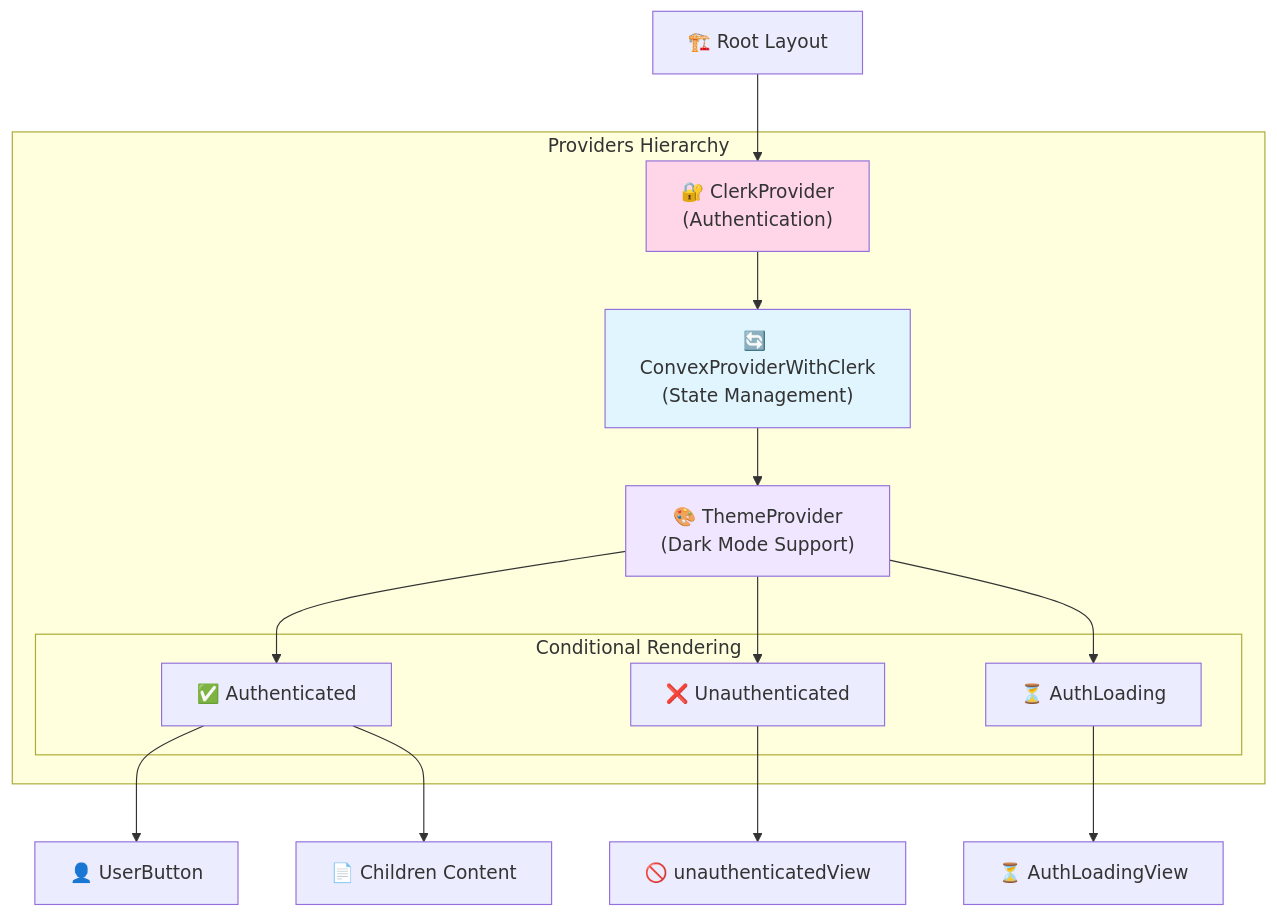
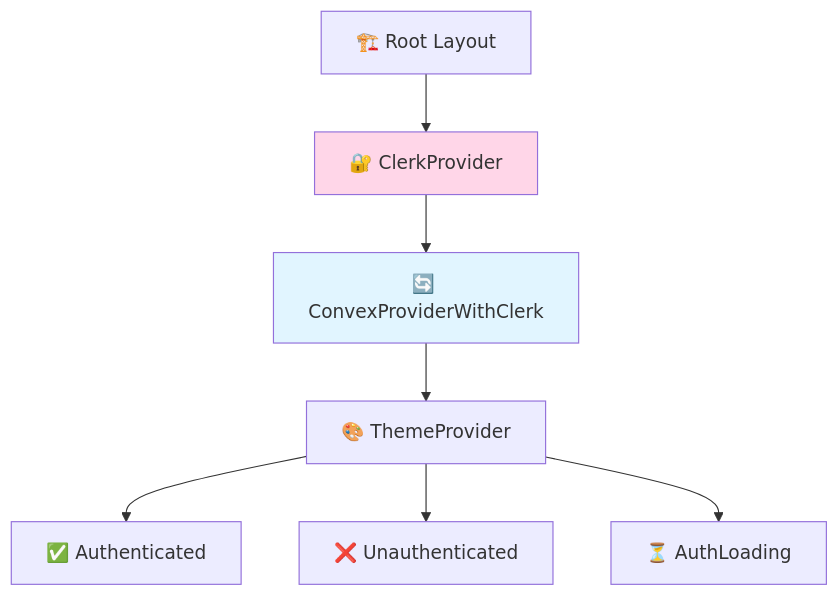
Before and after one commit to Code-with-Jok/v0-dev: the sixth of 6 diagrams in docs/business-logic-mindmap.md, drawn with Mermaid. The commit also changed other lines of this file and 10 other files, not shown here.

````diff
--- a/docs/business-logic-mindmap.md
+++ b/docs/business-logic-mindmap.md
@@ -194,34 +167,18 @@
 ```mermaid
 graph TB
     RootLayout["🏗️ Root Layout"]
 
-    subgraph "Providers Hierarchy"
-        ClerkProvider["🔐 ClerkProvider<br/>(Authentication)"]
-        ConvexProvider["🔄 ConvexProviderWithClerk<br/>(State Management)"]
-        ThemeProvider["🎨 ThemeProvider<br/>(Dark Mode Support)"]
+    ClerkProvider["🔐 ClerkProvider"]
+    ConvexProvider["🔄 ConvexProviderWithClerk"]
+    ThemeProvider["🎨 ThemeProvider"]
 
-        subgraph "Conditional Rendering"
-            Authenticated["✅ Authenticated"]
-            Unauthenticated["❌ Unauthenticated"]
-            AuthLoading["⏳ AuthLoading"]
-        end
-    end
+    Authenticated["✅ Authenticated"]
+    Unauthenticated["❌ Unauthenticated"]
+    AuthLoading["⏳ AuthLoading"]
 
-    RootLayout --> ClerkProvider
-    ClerkProvider --> ConvexProvider
-    ConvexProvider --> ThemeProvider
-
-    ThemeProvider --> Authenticated
-    ThemeProvider --> Unauthenticated
-    ThemeProvider --> AuthLoading
-
-    Authenticated --> UserButton["👤 UserButton"]
-    Authenticated --> Children["📄 Children Content"]
-
-    Unauthenticated --> UnanthView["🚫 unauthenticatedView"]
-    AuthLoading --> LoadingView["⏳ AuthLoadingView"]
+    RootLayout --> ClerkProvider --> ConvexProvider --> ThemeProvider
+    ThemeProvider --> Authenticated & Unauthenticated & AuthLoading
 
     style ClerkProvider fill:#ffd6e8
     style ConvexProvider fill:#e1f5ff
-    style ThemeProvider fill:#f0e6ff
 ```
````
